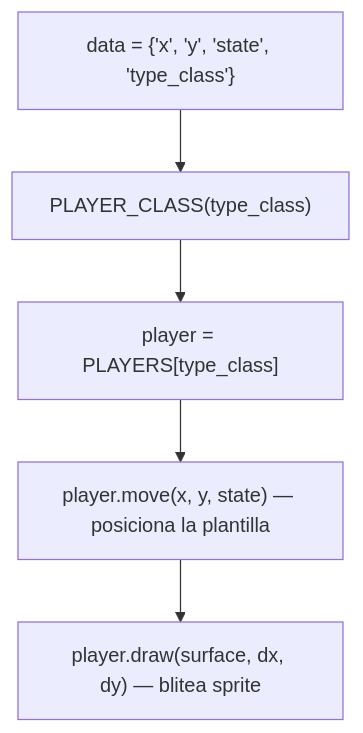
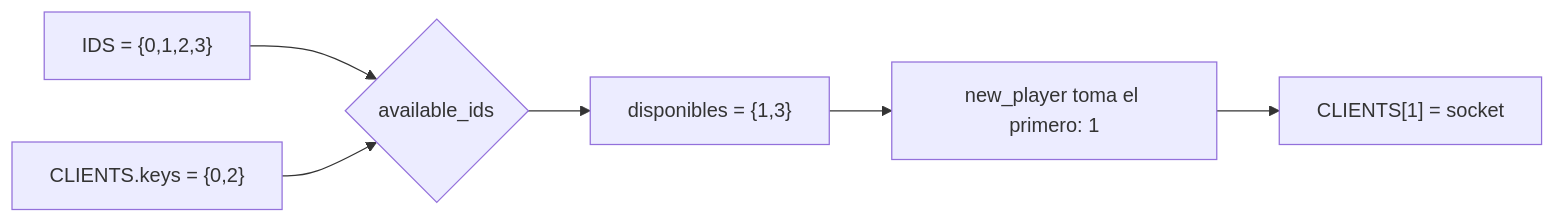
One commit to Aouei/pygame_multi changed the seventh of 7 diagrams in docs/diagramas/server-client.md. Above: the diagram before and after it, drawn with Mermaid. The commit also changed other lines of this file and 2 other files, not shown here.

Commit message:
UPDATE doc diagrams

````diff
--- a/docs/diagramas/server-client.md
+++ b/docs/diagramas/server-client.md
@@ -214,8 +182,8 @@
 ```mermaid
-flowchart TD
-    A["data = {'x', 'y', 'state', 'type_class'}"]
-    A --> B["PLAYER_CLASS(type_class)"]
-    B --> C["player = PLAYERS[type_class]"]
-    C --> D["player.move(x, y, state) — posiciona la plantilla"]
-    D --> E["player.draw(surface, dx, dy) — blitea sprite"]
+flowchart LR
+    A["IDS = {0,1,2,3}"] --> B{available_ids}
+    C["CLIENTS.keys = {0,2}"] --> B
+    B --> D["disponibles = {1,3}"]
+    D --> E["new_player toma el primero: 1"]
+    E --> F["CLIENTS[1] = socket"]
 ```
````
